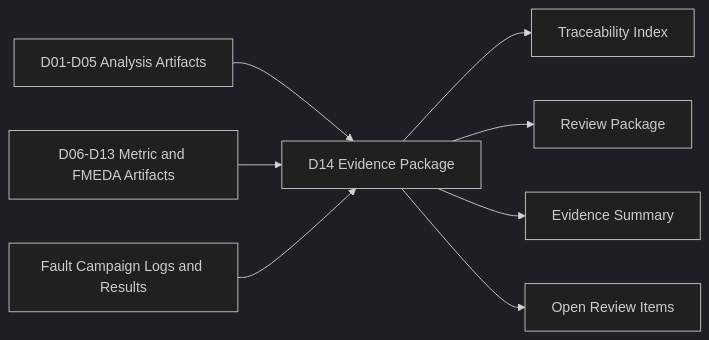
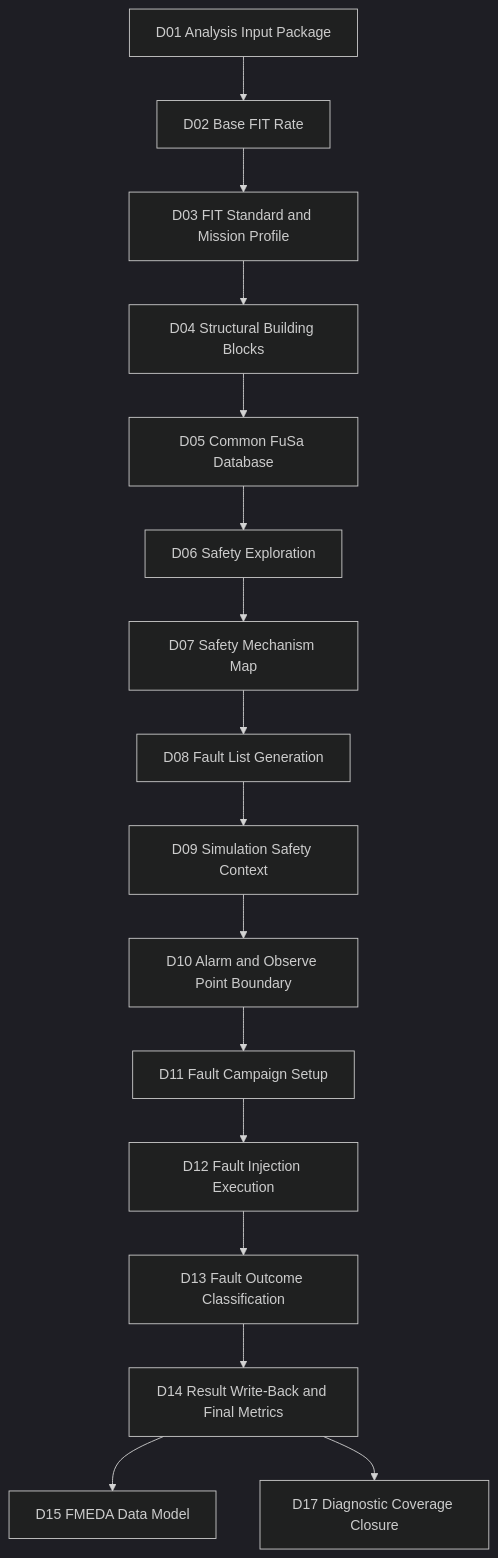
The first of 8 diagrams in articles/14_automotive_safeic_practice_d14_github_en_safety_evidence_package.md (qiqixixi1001/automotive-safeic-practice), drawn with Mermaid (dark theme) before and after one commit. The commit also changed other lines of this file, not shown here.

````diff
--- a/articles/14_automotive_safeic_practice_d14_github_en_safety_evidence_package.md
+++ b/articles/14_automotive_safeic_practice_d14_github_en_safety_evidence_package.md
@@ -76,10 +41,18 @@
 ```mermaid
-flowchart LR
-    A[D01-D05 Analysis Artifacts] --> D[D14 Evidence Package]
-    B[D06-D13 Metric and FMEDA Artifacts] --> D
-    C[Fault Campaign Logs and Results] --> D
-    D --> E[Traceability Index]
-    D --> F[Review Package]
-    D --> G[Evidence Summary]
-    D --> H[Open Review Items]
+flowchart TD
+    D01[D01 Analysis Input Package] --> D02[D02 Base FIT Rate]
+    D02 --> D03[D03 FIT Standard and Mission Profile]
+    D03 --> D04[D04 Structural Building Blocks]
+    D04 --> D05[D05 Common FuSa Database]
+    D05 --> D06[D06 Safety Exploration]
+    D06 --> D07[D07 Safety Mechanism Map]
+    D07 --> D08[D08 Fault List Generation]
+    D08 --> D09[D09 Simulation Safety Context]
+    D09 --> D10[D10 Alarm and Observe Point Boundary]
+    D10 --> D11[D11 Fault Campaign Setup]
+    D11 --> D12[D12 Fault Injection Execution]
+    D12 --> D13[D13 Fault Outcome Classification]
+    D13 --> D14[D14 Result Write-Back and Final Metrics]
+    D14 --> D15[D15 FMEDA Data Model]
+    D14 --> D17[D17 Diagnostic Coverage Closure]
 ```
````
